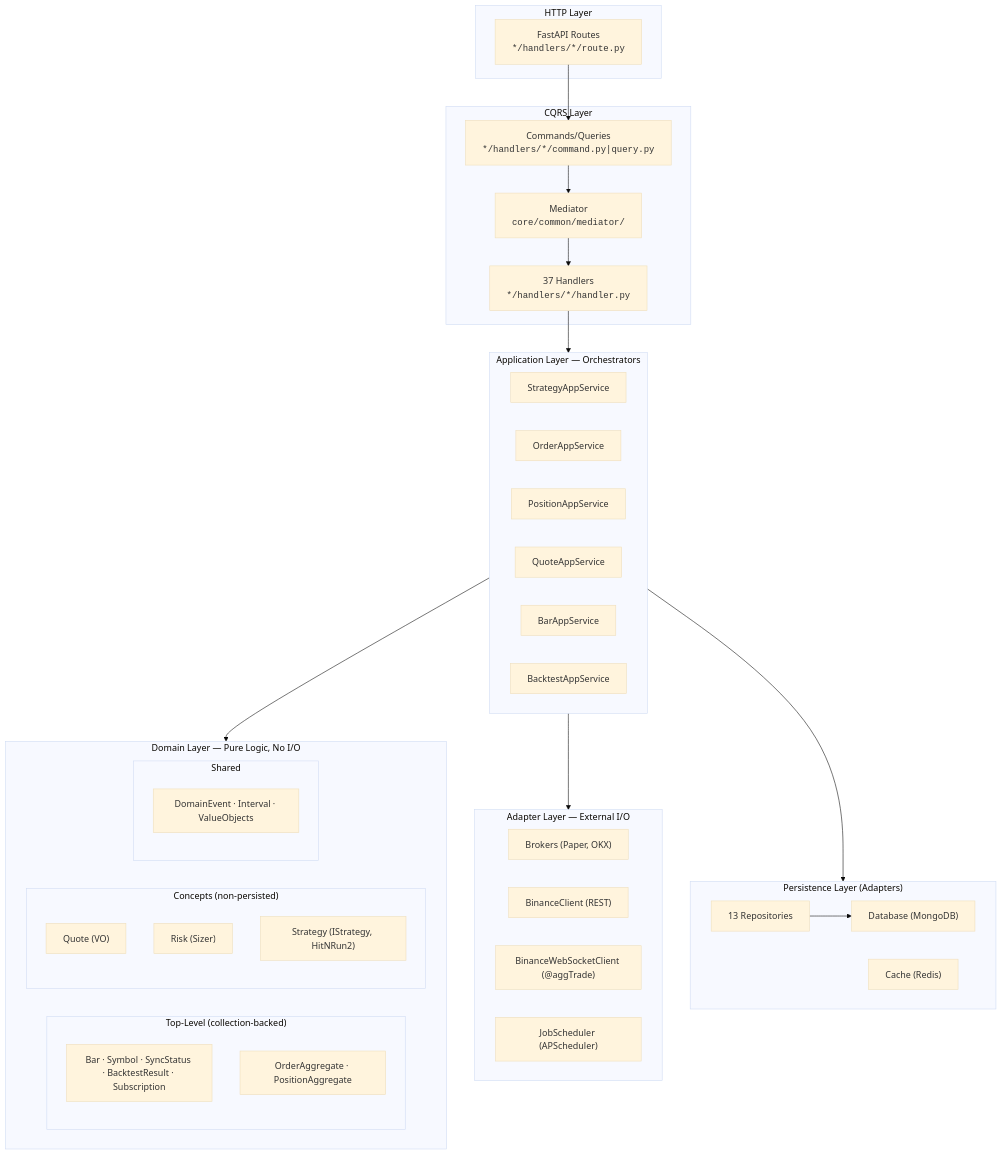
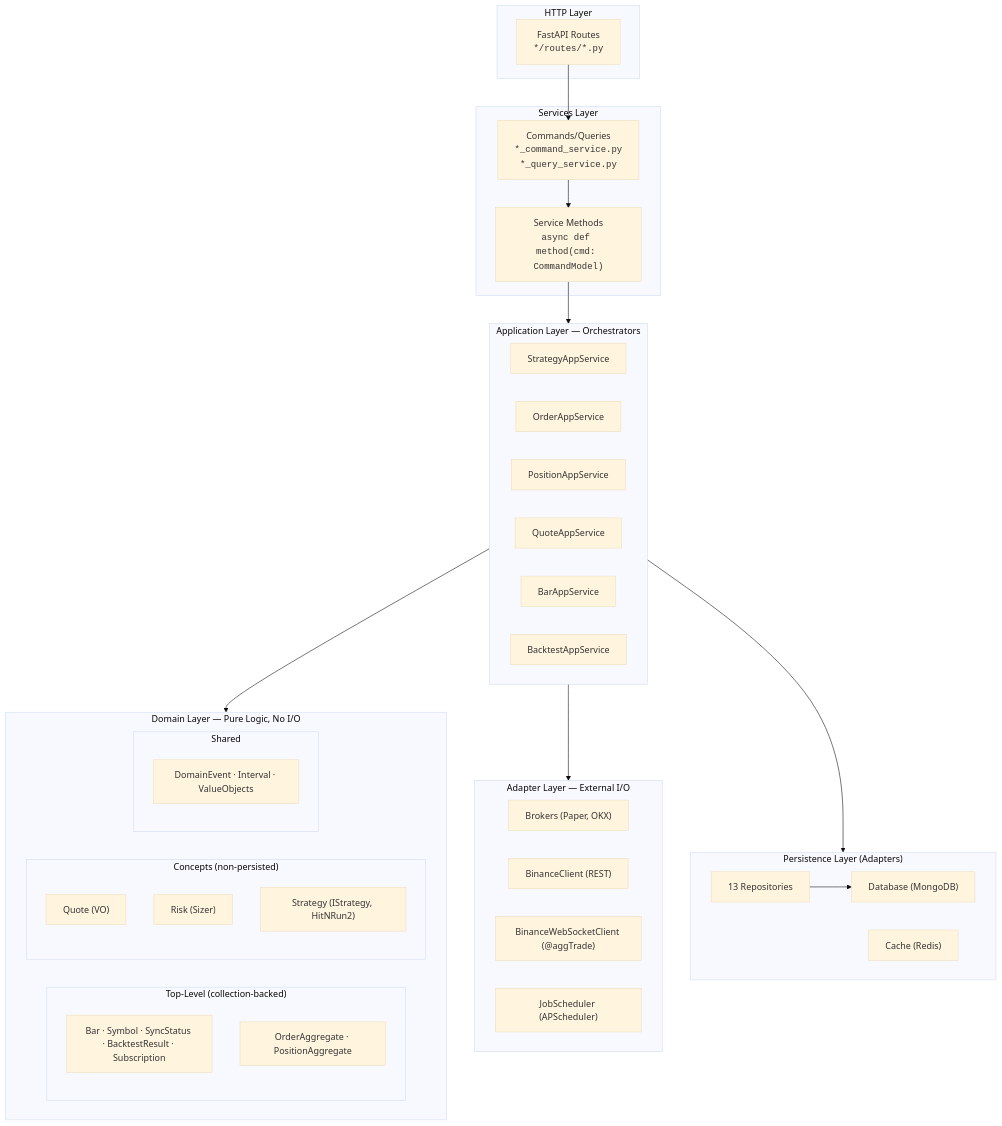
One commit to camping89/pocketquant changed the first of 4 diagrams in docs/architecture-visual-map.md. Above: the diagram before and after it, drawn with Mermaid (base theme). The commit also changed other lines of this file and 40 other files, not shown here.

````diff
--- a/docs/architecture-visual-map.md
+++ b/docs/architecture-visual-map.md
@@ -142,56 +141,55 @@
 ```mermaid
 graph TB
     subgraph HTTP["HTTP Layer"]
-        Routes["FastAPI Routes<br/><code>*/handlers/*/route.py</code>"]
+        Routes["FastAPI Routes<br/><code>*/routes/*.py</code>"]
     end
 
-    subgraph CQRS["CQRS Layer"]
-        Commands["Commands/Queries<br/><code>*/handlers/*/command.py|query.py</code>"]
-        Med["Mediator<br/><code>core/common/mediator/</code>"]
-        Handlers["37 Handlers<br/><code>*/handlers/*/handler.py</code>"]
+    subgraph Services["Services Layer"]
+        Commands["Commands/Queries<br/><code>*_command_service.py<br/>*_query_service.py</code>"]
+        ServiceMethods["Service Methods<br/><code>async def method(cmd: CommandModel)</code>"]
     end
 
     subgraph APP["Application Layer — Orchestrators"]
         StrategyAppService["StrategyAppService"]
         OrderAppService["OrderAppService"]
         PositionAppService["PositionAppService"]
         QuoteAppService["QuoteAppService"]
         BarAppService["BarAppService"]
         BacktestAppService["BacktestAppService"]
     end
 
     subgraph DOMAIN["Domain Layer — Pure Logic, No I/O"]
         subgraph TOPLEVEL["Top-Level (collection-backed)"]
             BarEnt["Bar · Symbol · SyncStatus · BacktestResult · Subscription"]
             Aggregates["OrderAggregate · PositionAggregate"]
         end
         subgraph CONCEPTS["Concepts (non-persisted)"]
             QuoteVO["Quote (VO)"]
             RiskSvc["Risk (Sizer)"]
             StrategySvc["Strategy (IStrategy, HitNRun2)"]
         end
         subgraph SHARED["Shared"]
             SharedBase["DomainEvent · Interval · ValueObjects"]
         end
     end
 
     subgraph ADAPT["Adapter Layer — External I/O"]
         Brokers["Brokers (Paper, OKX)"]
         BinanceClient["BinanceClient (REST)"]
         BinanceWS["BinanceWebSocketClient (@aggTrade)"]
         Scheduler["JobScheduler (APScheduler)"]
     end
 
     subgraph PERSIST["Persistence Layer (Adapters)"]
         DB["Database (MongoDB)"]
         Cache["Cache (Redis)"]
         Repos["13 Repositories"]
     end
 
-    Routes --> Commands --> Med --> Handlers
-    Handlers --> APP
+    Routes --> Commands --> ServiceMethods
+    ServiceMethods --> APP
     APP --> DOMAIN
     APP --> ADAPT
     APP --> PERSIST
     Repos --> DB
 ```
````
